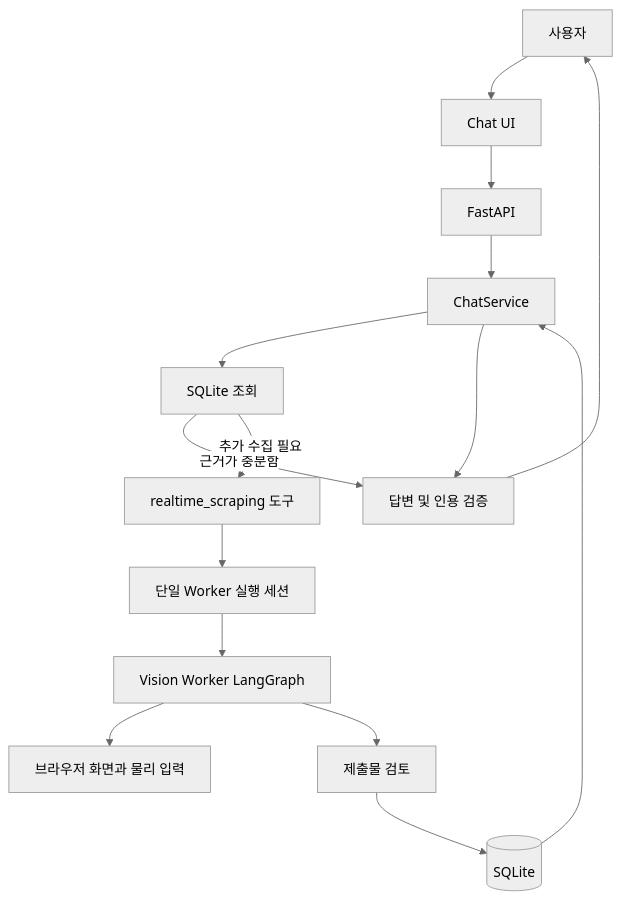
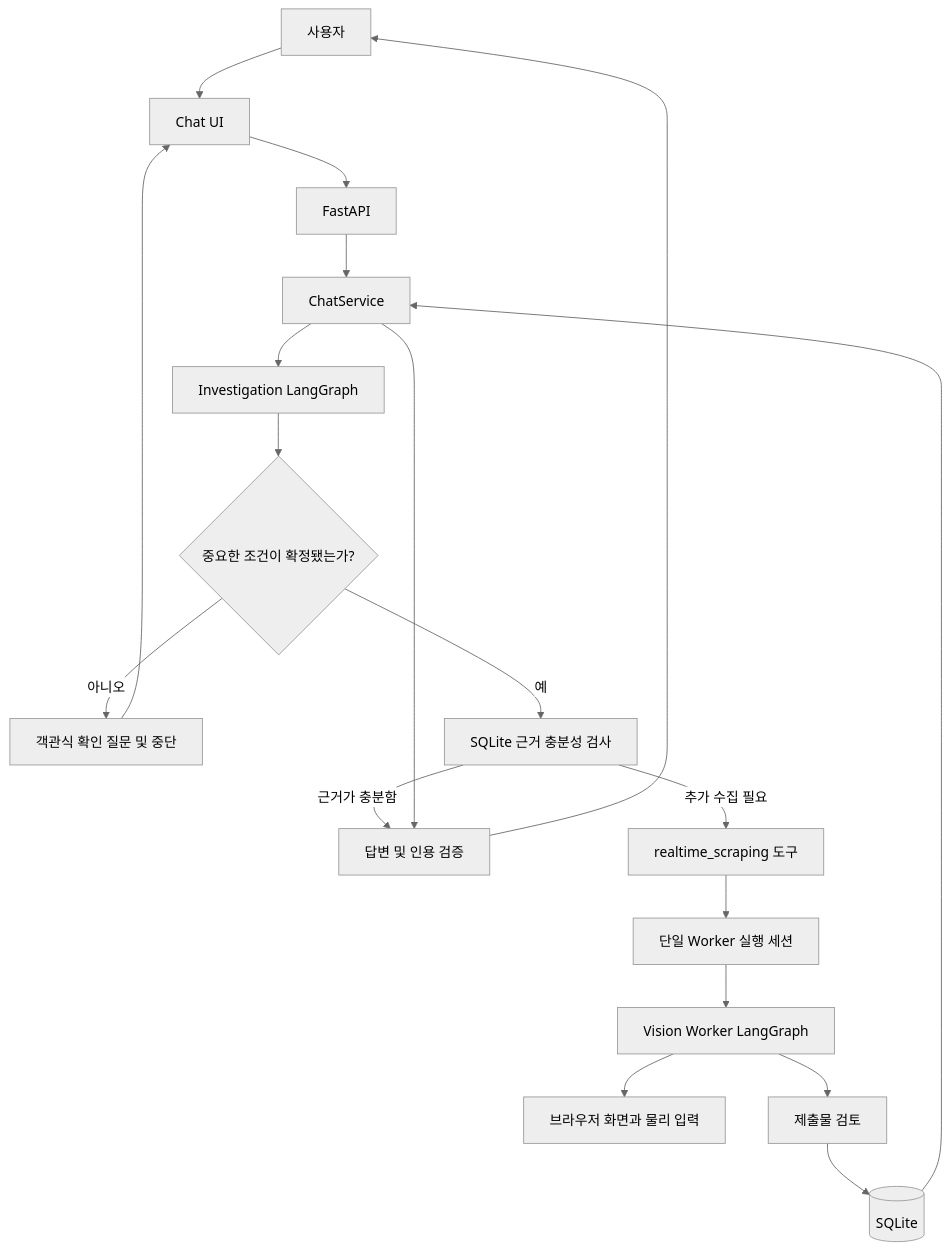
One commit to Dreamtreeme/L2C changed the first of 2 diagrams in ARCHITECTURE.md. Above: the diagram before and after it, drawn with Mermaid (neutral theme). The commit also changed other lines of this file and 9 other files, not shown here.

````diff
--- a/ARCHITECTURE.md
+++ b/ARCHITECTURE.md
@@ -7,17 +7,21 @@
 ```mermaid
 flowchart TD
     U[사용자] --> UI[Chat UI]
     UI --> API[FastAPI]
     API --> CS[ChatService]
-    CS --> DBQ[SQLite 조회]
+    CS --> PLAN[Investigation LangGraph]
+    PLAN --> CLARIFY{중요한 조건이 확정됐는가?}
+    CLARIFY -->|아니오| INPUT[객관식 확인 질문 및 중단]
+    INPUT --> UI
+    CLARIFY -->|예| DBQ[SQLite 근거 충분성 검사]
     DBQ -->|근거가 충분함| ANSWER[답변 및 인용 검증]
     DBQ -->|추가 수집 필요| TOOL[realtime_scraping 도구]
     TOOL --> LOCK[단일 Worker 실행 세션]
     LOCK --> WG[Vision Worker LangGraph]
     WG --> WEB[브라우저 화면과 물리 입력]
     WG --> REVIEW[제출물 검토]
     REVIEW --> DB[(SQLite)]
     DB --> CS
     CS --> ANSWER
     ANSWER --> U
 ```
````
